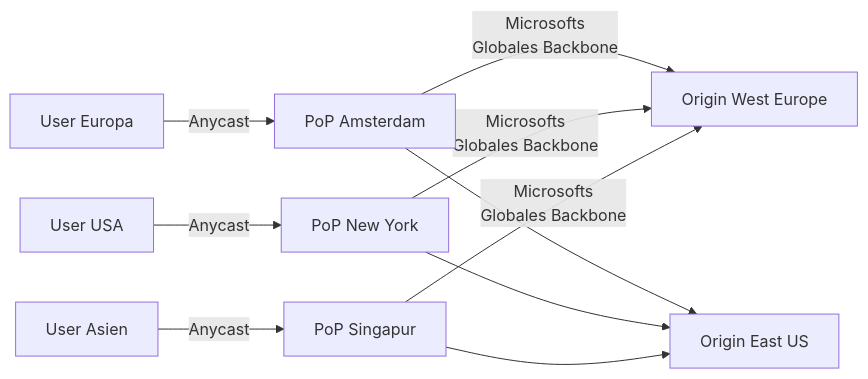
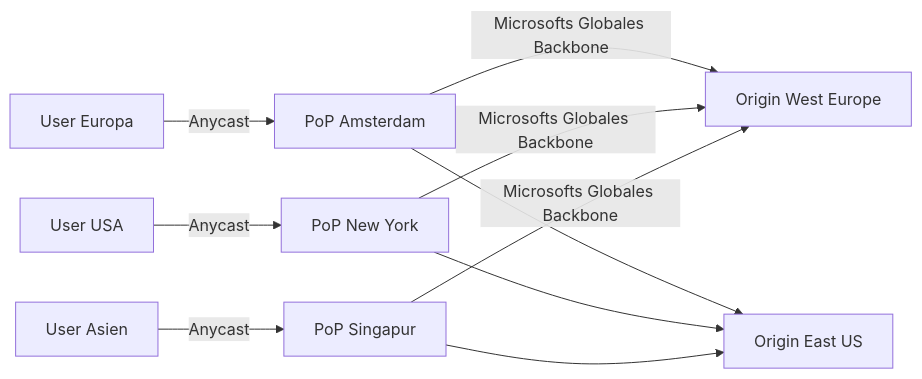
The first of 6 diagrams in Microsoft 365/Azure/Netzwerk/Azure Front Door.md (SoniiiT/notes-n-docs), drawn with Mermaid before and after one commit. The commit also changed other lines of this file and 124 other files, not shown here.

First line of the commit message:
fix: Entferne \n aus allen Mermaid-Diagrammen (125 Dateien)

````diff
--- a/Microsoft 365/Azure/Netzwerk/Azure Front Door.md
+++ b/Microsoft 365/Azure/Netzwerk/Azure Front Door.md
@@ -29,8 +29,8 @@
 ```mermaid
 graph LR
     USER1[User Europa] -->|Anycast| POP1[PoP Amsterdam]
     USER2[User USA] -->|Anycast| POP2[PoP New York]
     USER3[User Asien] -->|Anycast| POP3[PoP Singapur]
-    POP1 & POP2 & POP3 -->|Microsofts\nGlobales Backbone| ORIGIN1[Origin West Europe]
+    POP1 & POP2 & POP3 -->|Microsofts Globales Backbone| ORIGIN1[Origin West Europe]
     POP1 & POP2 & POP3 --> ORIGIN2[Origin East US]
 ```
````
